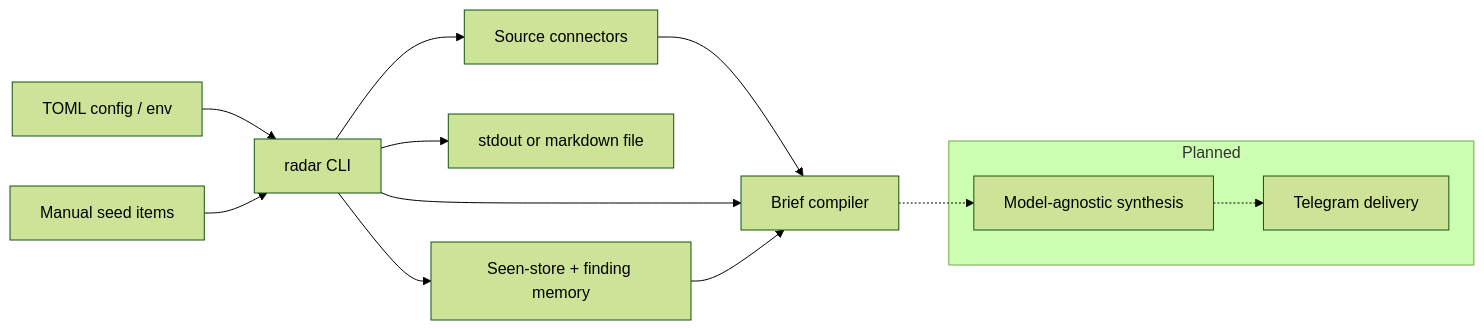
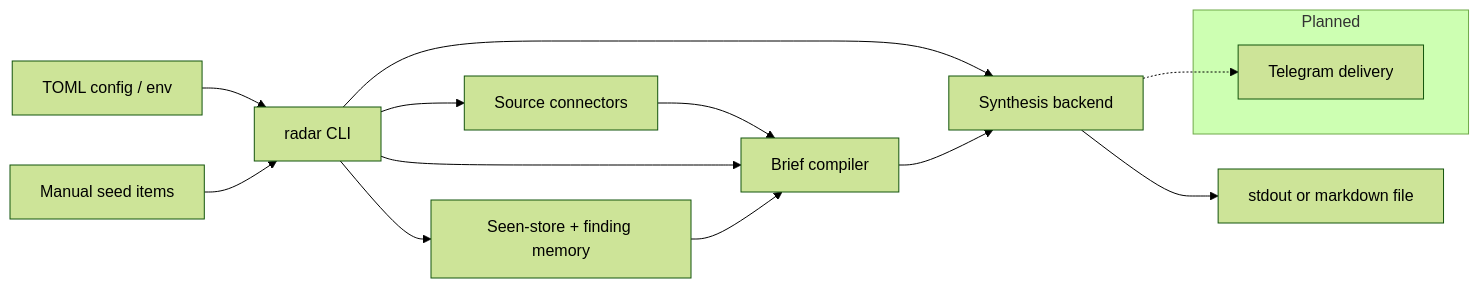
Before and after one commit to mastroke/ai-research-radar: the diagram in README.md, drawn with Mermaid (forest theme). The commit also changed other lines of this file and 2 other files, not shown here.

First line of the commit message:
Document synthesis backend boundaries in ADR 0004 and README.

````diff
--- a/README.md
+++ b/README.md
@@ -26,19 +26,19 @@
 ```mermaid
 flowchart LR
     Config[TOML config / env] --> CLI[radar CLI]
     CLI --> Connectors[Source connectors]
     Connectors --> Briefing[Brief compiler]
+    SeedItems[Manual seed items] --> CLI
     CLI --> Briefing
-    CLI --> Writer[stdout or markdown file]
+    CLI --> Synthesis[Synthesis backend]
+    Synthesis --> Writer[stdout or markdown file]
+    Briefing --> Synthesis
     CLI --> Memory[Seen-store + finding memory]
     Memory --> Briefing
-    SeedItems[Manual seed items] --> CLI
 
     subgraph Planned
-        LLM[Model-agnostic synthesis]
         Telegram[Telegram delivery]
     end
 
-    Briefing -.-> LLM
-    LLM -.-> Telegram
+    Synthesis -.-> Telegram
 ```
````
